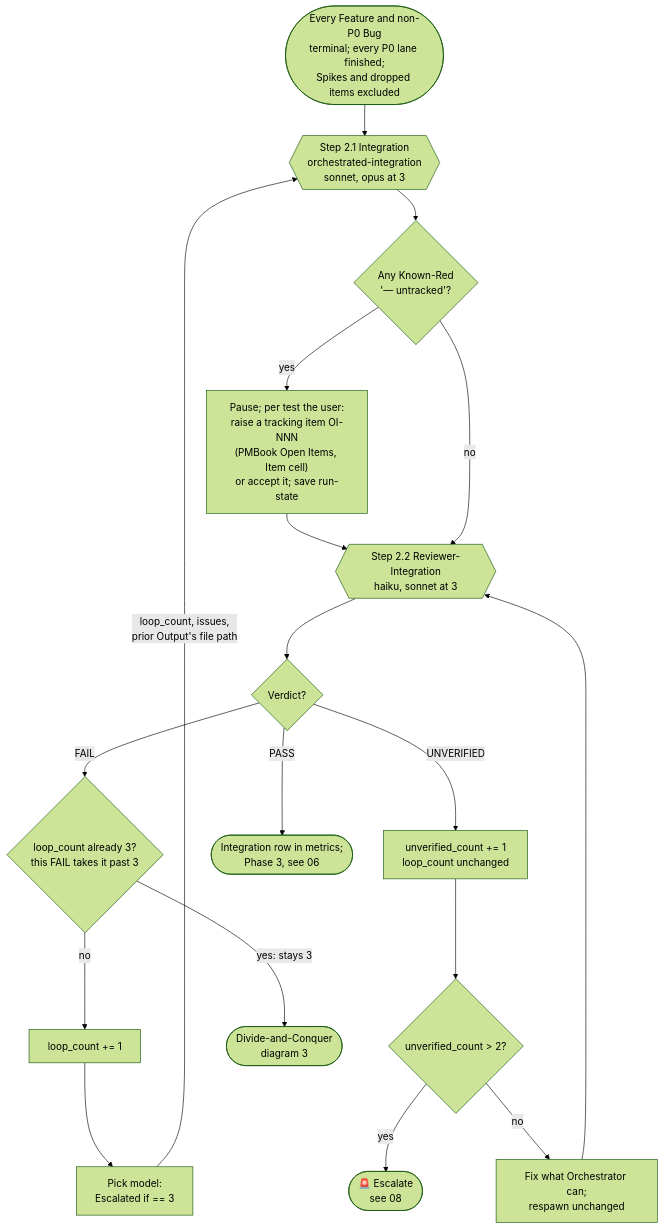
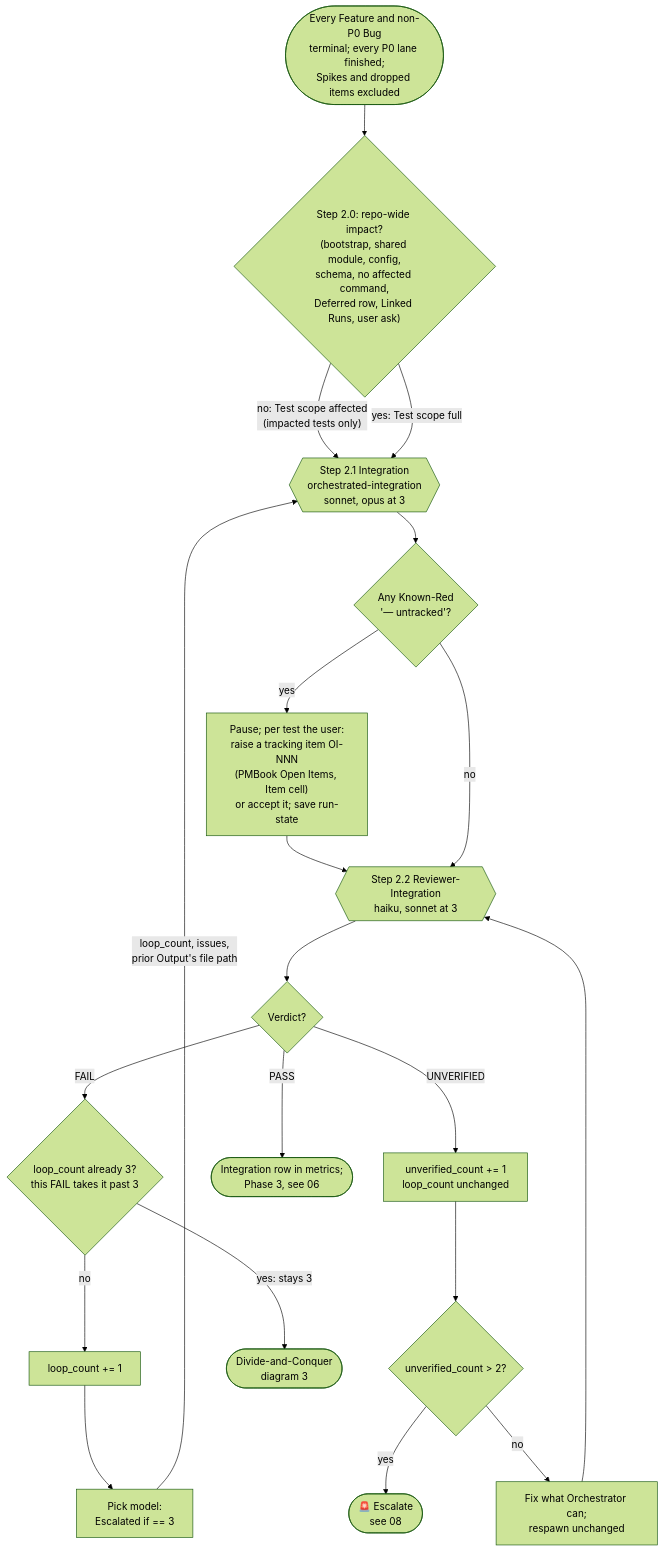
One commit to muhammedalikhan86/claude-stash changed the first of 3 diagrams in skills/orchestrator-development-pattern/mermaid/05-phase2-integration.md. Above: the diagram before and after it, drawn with Mermaid (forest theme). The commit also changed other lines of this file and 18 other files, not shown here.

First line of the commit message:
feat(testing): impacted tests by default; hub alone decides the entire suite; hub task bar

````diff
--- a/skills/orchestrator-development-pattern/mermaid/05-phase2-integration.md
+++ b/skills/orchestrator-development-pattern/mermaid/05-phase2-integration.md
@@ -9,31 +9,35 @@
 ```mermaid
 flowchart TD
     In(["Every Feature and non-P0 Bug<br/>terminal; every P0 lane finished;<br/>Spikes and dropped items excluded"])
+    Scope{"Step 2.0: repo-wide impact?<br/>(bootstrap, shared module, config,<br/>schema, no affected command,<br/>Deferred row, Linked Runs, user ask)"}
     Int{{"Step 2.1 Integration<br/>orchestrated-integration<br/>sonnet, opus at 3"}}
     KR{"Any Known-Red<br/>'— untracked'?"}
     Ask["Pause; per test the user:<br/>raise a tracking item OI-NNN<br/>(PMBook Open Items, Item cell)<br/>or accept it; save run-state"]
     RI{{"Step 2.2 Reviewer-Integration<br/>haiku, sonnet at 3"}}
     V{"Verdict?"}
     LC["loop_count += 1"]
     Max{"loop_count already 3?<br/>this FAIL takes it past 3"}
     Model["Pick model:<br/>Escalated if == 3"]
     UV["unverified_count += 1<br/>loop_count unchanged"]
     UVMax{"unverified_count > 2?"}
     Fix["Fix what Orchestrator can;<br/>respawn unchanged"]
     DC(["Divide-and-Conquer<br/>diagram 3"])
     Esc(["🚨 Escalate<br/>see 08"])
     P3(["Integration row in metrics;<br/>Phase 3, see 06"])
 
-    In --> Int --> KR
+    In --> Scope
+    Scope -->|"no: Test scope affected<br/>(impacted tests only)"| Int
+    Scope -->|"yes: Test scope full"| Int
+    Int --> KR
     KR -->|yes| Ask --> RI
     KR -->|no| RI
     RI --> V
     V -->|PASS| P3
     V -->|FAIL| Max
     V -->|UNVERIFIED| UV --> UVMax
     Max -->|"yes: stays 3"| DC
     Max -->|no| LC --> Model
     Model -->|"loop_count, issues,<br/>prior Output's file path"| Int
     UVMax -->|yes| Esc
     UVMax -->|no| Fix --> RI
 ```
````
